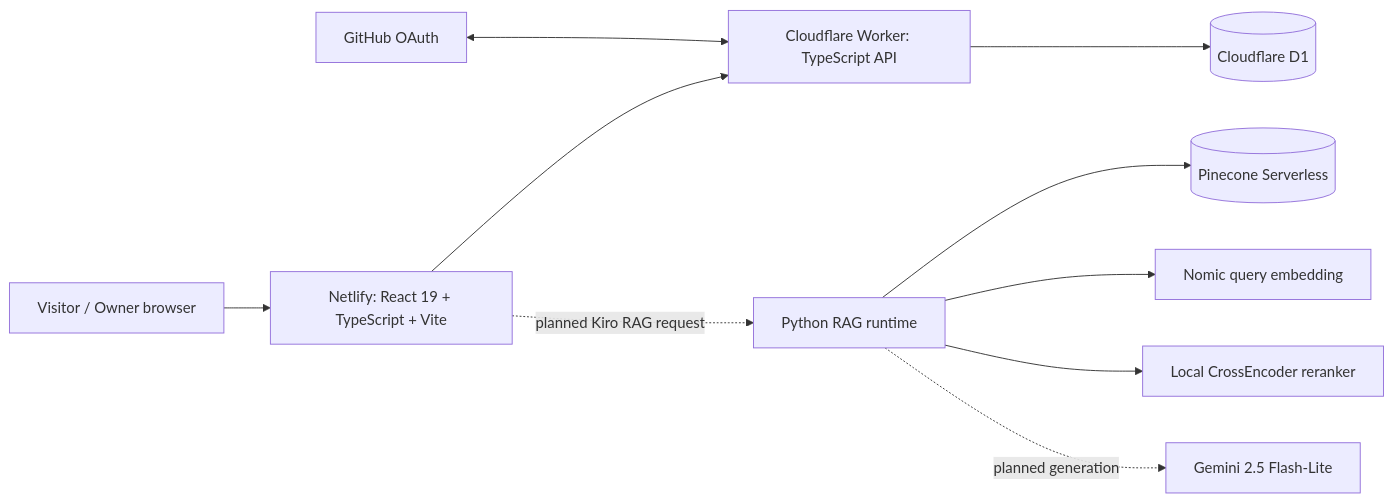
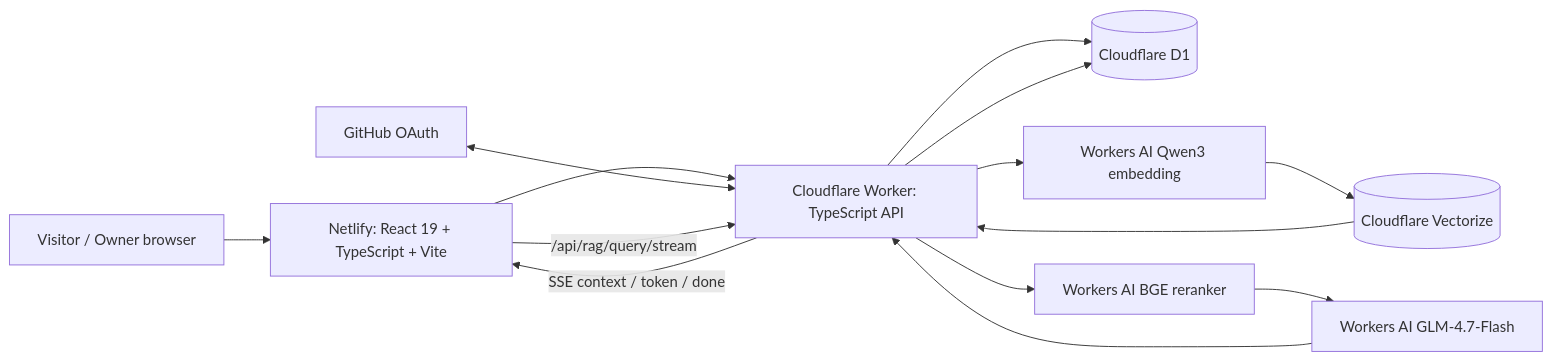
The diagram in README.md (kirolossedra/my-portfolio), drawn with Mermaid before and after one commit. The commit also changed other lines of this file and 2 other files, not shown here.

Commit message:
docs(rag): document deployed Kiro chat frontend

````diff
--- a/README.md
+++ b/README.md
@@ -45,12 +44,17 @@
 ```mermaid
 flowchart LR
     U[Visitor / Owner browser] --> N[Netlify: React 19 + TypeScript + Vite]
     N --> W[Cloudflare Worker: TypeScript API]
     W --> D[(Cloudflare D1)]
     O[GitHub OAuth] <--> W
-    N -. planned Kiro RAG request .-> R[Python RAG runtime]
-    R --> P[(Pinecone Serverless)]
-    R --> M[Nomic query embedding]
-    R --> C[Local CrossEncoder reranker]
-    R -. planned generation .-> G[Gemini 2.5 Flash-Lite]
+
+    N -->|/api/rag/query/stream| W
+    W --> Q[Workers AI Qwen3 embedding]
+    Q --> V[(Cloudflare Vectorize)]
+    V --> W
+    W --> D
+    W --> R[Workers AI BGE reranker]
+    R --> G[Workers AI GLM-4.7-Flash]
+    G --> W
+    W -->|SSE context / token / done| N
 ```
````
